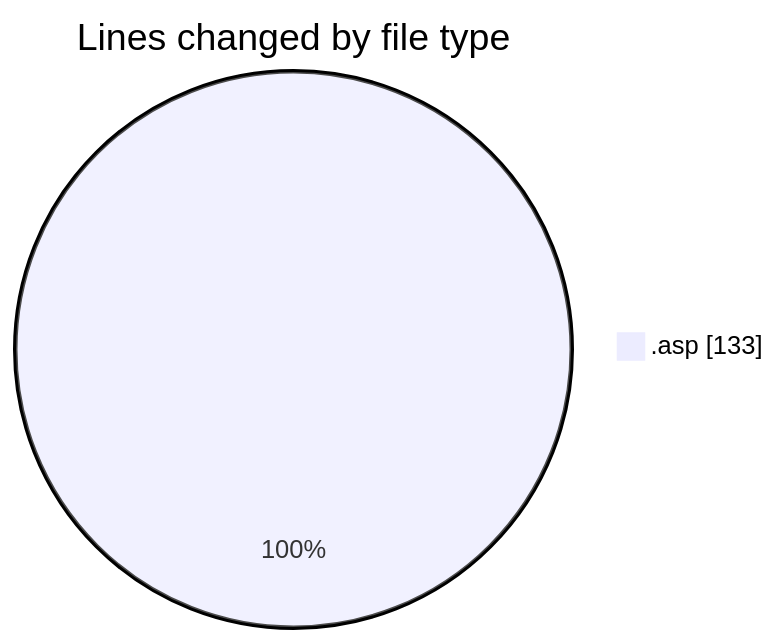
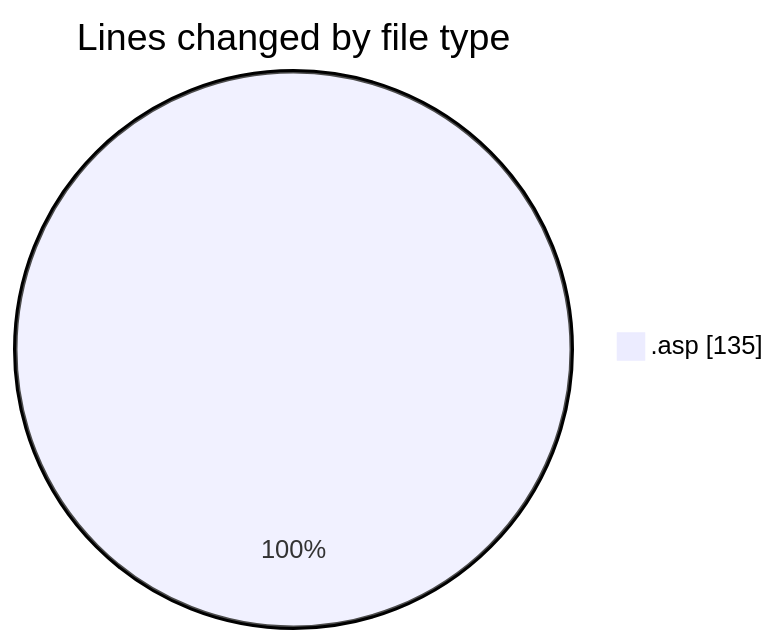
The first of 2 diagrams in 2025-11-28/cdp_aleoudev_fr__workspace_/README.md (julien-gomy/code-tracking), drawn with Mermaid before and after one commit. The commit also changed other lines of this file and 1 other file, not shown here.

````diff
--- a/2025-11-28/cdp_aleoudev_fr__workspace_/README.md
+++ b/2025-11-28/cdp_aleoudev_fr__workspace_/README.md
@@ -21,5 +21,5 @@
 ```mermaid
 pie showData
 title Lines changed by file type
-".asp" : 133
+".asp" : 135
 ```
````
